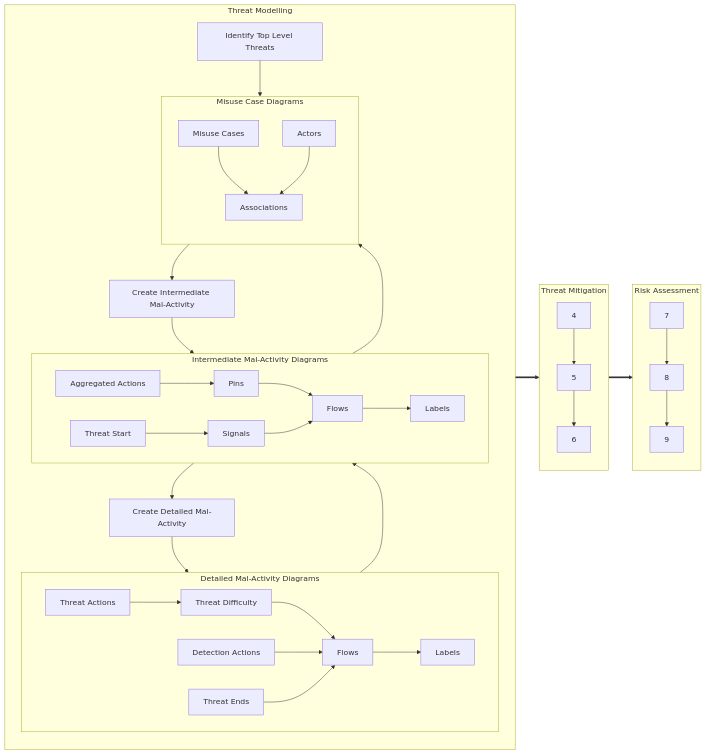
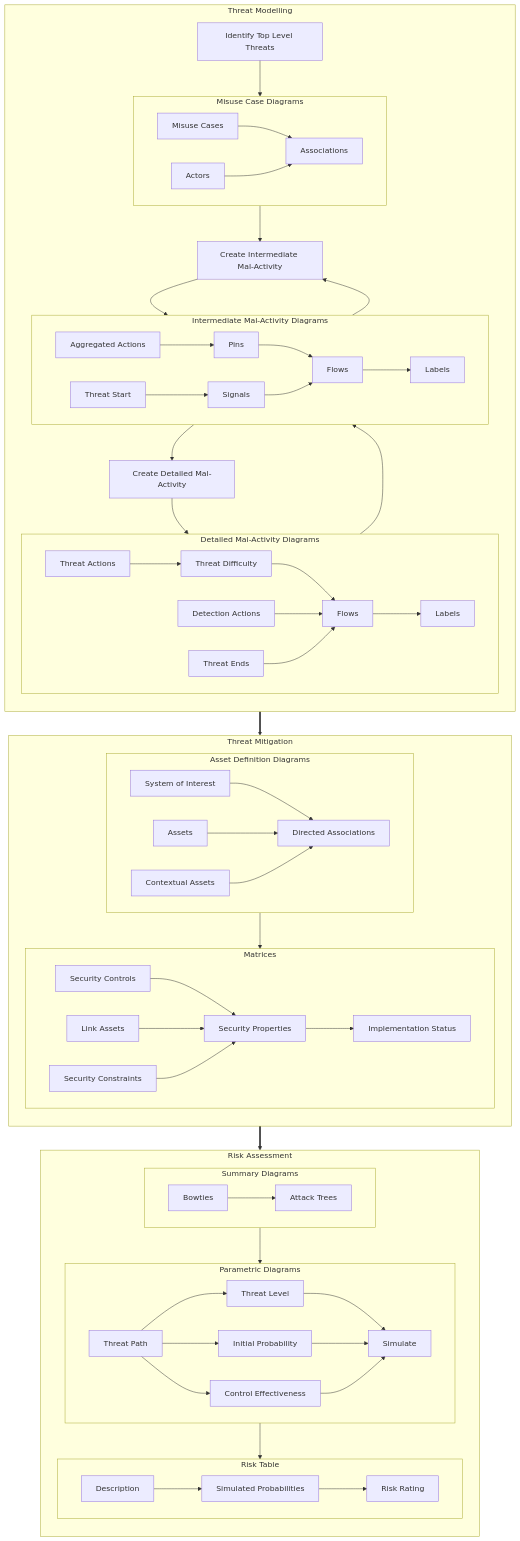
One commit to stuartfowler/CEMT changed the diagram in README.md. Above: the diagram before and after it, drawn with Mermaid. The commit also changed other lines of this file, not shown here.

Commit message:
Updated graph

````diff
--- a/README.md
+++ b/README.md
@@ -97,59 +97,82 @@
 ```mermaid
-flowchart LR
+flowchart TB
 
   subgraph TMo["Threat Modelling"]
     direction TB
     subgraph 1["Misuse Case Diagrams"]
-      direction TB
+      direction LR
       1a["Misuse Cases"] --> 1c["Associations"]
       1b["Actors"] --> 1c
     end
-    subgraph 21["Intermediate Mal-Activity Diagrams"]
+    subgraph 2["Intermediate Mal-Activity Diagrams"]
       direction LR
-      21a["Aggregated Actions"] --> 21b["Pins"] --> 21e["Flows"] --> 21f["Labels"]
-      21c["Threat Start"] --> 21d["Signals"] --> 21e      
+      2a["Aggregated Actions"] --> 2b["Pins"] --> 2e["Flows"] --> 2f["Labels"]
+      2c["Threat Start"] --> 2d["Signals"] --> 2e      
     end
-    subgraph 22["Detailed Mal-Activity Diagrams"]
+    subgraph 3["Detailed Mal-Activity Diagrams"]
       direction LR
-      22a["Threat Actions"] --> 22c["Threat Difficulty"] --> 22d["Flows"] --> 22f["Labels"]
-      22b["Detection Actions"] --> 22d
-      22e["Threat Ends"] --> 22d
+      3a["Threat Actions"] --> 3c["Threat Difficulty"] --> 3d["Flows"] --> 3f["Labels"]
+      3b["Detection Actions"] --> 3d
+      3e["Threat Ends"] --> 3d
     end
-    23["Create Detailed Mal-Activity"]
-    24["Create Intermediate Mal-Activity"]
-    25["Identify Top Level Threats"]
-    21 --> 23 --> 22
-    25 --> 1 --> 24 --> 21
-    21 --> 1
-    22 --> 21
+    DMA["Create Detailed Mal-Activity"]
+    IMA["Create Intermediate Mal-Activity"]
+    TLT["Identify Top Level Threats"]
+    2 --> DMA --> 3
+    TLT --> 1 --> IMA --> 2
+    2 --> IMA
+    3 --> 2
     end
   subgraph TMi["Threat Mitigation"]
     direction TB
-    4 --> 5 --> 6
+    subgraph 4["Asset Definition Diagrams"]
+      4a["System of Interest"] --> 4d["Directed Associations"]
+      4b["Assets"] --> 4d
+      4c["Contextual Assets"] --> 4d
+    end
+    subgraph 5["Matrices"]
+      5b["Security Controls"] --> 5c["Security Properties"] --> 5g["Implementation Status"]
+      5d["Link Assets"] --> 5c
+      5f["Security Constraints"] --> 5c
+    end
+
+    4 --> 5
   end
   subgraph RA["Risk Assessment"]
     direction TB
-    7 --> 8 --> 9
+    subgraph 6["Summary Diagrams"]
+      6a["Bowties"] --> 6b["Attack Trees"]
+    end
+    subgraph 7["Parametric Diagrams"]
+      7a["Threat Path"] --> 7b["Threat Level"] --> 7e["Simulate"]
+      7a --> 7c["Initial Probability"] --> 7e
+      7a --> 7d["Control Effectiveness"] --> 7e
+    end
+    subgraph 8["Risk Table"]
+      8a["Description"] --> 8b["Simulated Probabilities"] --> 8c["Risk Rating"]
+    end
+    6 --> 7 --> 8
   end
   TMo ==> TMi ==> RA
-  click 25 "https://github.com/stuartfowler/CEMT#threat-modelling" "Threat Modelling"
+  
+  click TLT "https://github.com/stuartfowler/CEMT#threat-modelling" "Threat Modelling"
   click 1a "https://github.com/stuartfowler/CEMT#misuse-case-diagrams" "Misuse Case Diagrams"
   click 1b "https://github.com/stuartfowler/CEMT#misuse-case-diagrams" "Misuse Case Diagrams"
   click 1c "https://github.com/stuartfowler/CEMT#misuse-case-diagrams" "Misuse Case Diagrams"
-  click 24 "https://github.com/stuartfowler/CEMT#misuse-case-diagrams" "Misuse Case Diagrams"
+  click IMA "https://github.com/stuartfowler/CEMT#misuse-case-diagrams" "Misuse Case Diagrams"
 
-  click 23 "https://github.com/stuartfowler/CEMT#intermediate-mal-activity-diagrams" "Intermediate Mal-Activity Diagrams"
-  click 21a "https://github.com/stuartfowler/CEMT#intermediate-mal-activity-diagrams" "Intermediate Mal-Activity Diagrams"
-  click 21b "https://github.com/stuartfowler/CEMT#intermediate-mal-activity-diagrams" "Intermediate Mal-Activity Diagrams"
-  click 21c "https://github.com/stuartfowler/CEMT#intermediate-mal-activity-diagrams" "Intermediate Mal-Activity Diagrams"
-  click 21d "https://github.com/stuartfowler/CEMT#intermediate-mal-activity-diagrams" "Intermediate Mal-Activity Diagrams"
-  click 21e "https://github.com/stuartfowler/CEMT#intermediate-mal-activity-diagrams" "Intermediate Mal-Activity Diagrams"
-  click 21f "https://github.com/stuartfowler/CEMT#intermediate-mal-activity-diagrams" "Intermediate Mal-Activity Diagrams"
+  click DMA "https://github.com/stuartfowler/CEMT#intermediate-mal-activity-diagrams" "Intermediate Mal-Activity Diagrams"
+  click 2a "https://github.com/stuartfowler/CEMT#intermediate-mal-activity-diagrams" "Intermediate Mal-Activity Diagrams"
+  click 2b "https://github.com/stuartfowler/CEMT#intermediate-mal-activity-diagrams" "Intermediate Mal-Activity Diagrams"
+  click 2c "https://github.com/stuartfowler/CEMT#intermediate-mal-activity-diagrams" "Intermediate Mal-Activity Diagrams"
+  click 2d "https://github.com/stuartfowler/CEMT#intermediate-mal-activity-diagrams" "Intermediate Mal-Activity Diagrams"
+  click 2e "https://github.com/stuartfowler/CEMT#intermediate-mal-activity-diagrams" "Intermediate Mal-Activity Diagrams"
+  click 2f "https://github.com/stuartfowler/CEMT#intermediate-mal-activity-diagrams" "Intermediate Mal-Activity Diagrams"
 
-  click 22a "https://github.com/stuartfowler/CEMT#detailed-mal-activity-diagrams" "Detailed Mal-Activity Diagrams"
-  click 22b "https://github.com/stuartfowler/CEMT#detailed-mal-activity-diagrams" "Detailed Mal-Activity Diagrams"
-  click 22c "https://github.com/stuartfowler/CEMT#detailed-mal-activity-diagrams" "Detailed Mal-Activity Diagrams"
-  click 22d "https://github.com/stuartfowler/CEMT#detailed-mal-activity-diagrams" "Detailed Mal-Activity Diagrams"
-  click 22e "https://github.com/stuartfowler/CEMT#detailed-mal-activity-diagrams" "Detailed Mal-Activity Diagrams"
-  click 22f "https://github.com/stuartfowler/CEMT#detailed-mal-activity-diagrams" "Detailed Mal-Activity Diagrams"
+  click 3a "https://github.com/stuartfowler/CEMT#detailed-mal-activity-diagrams" "Detailed Mal-Activity Diagrams"
+  click 3b "https://github.com/stuartfowler/CEMT#detailed-mal-activity-diagrams" "Detailed Mal-Activity Diagrams"
+  click 3c "https://github.com/stuartfowler/CEMT#detailed-mal-activity-diagrams" "Detailed Mal-Activity Diagrams"
+  click 3d "https://github.com/stuartfowler/CEMT#detailed-mal-activity-diagrams" "Detailed Mal-Activity Diagrams"
+  click 3e "https://github.com/stuartfowler/CEMT#detailed-mal-activity-diagrams" "Detailed Mal-Activity Diagrams"
+  click 3f "https://github.com/stuartfowler/CEMT#detailed-mal-activity-diagrams" "Detailed Mal-Activity Diagrams"
 ```
````
